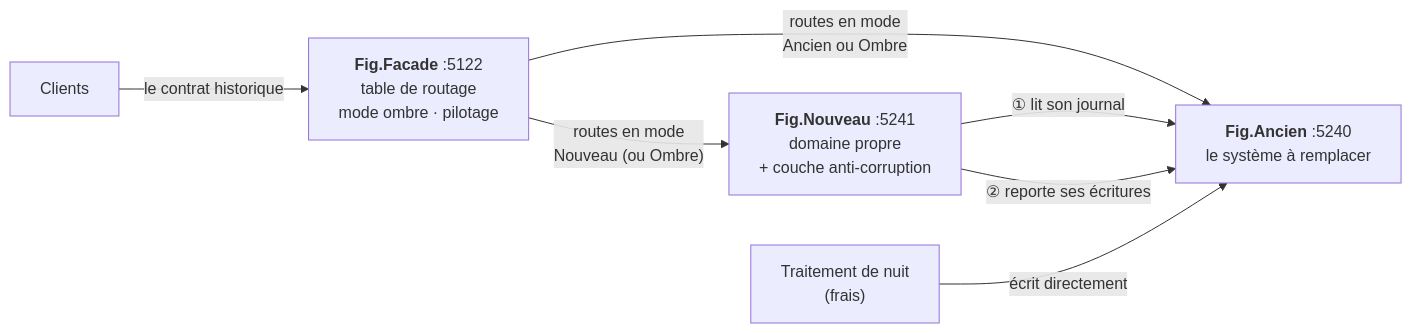
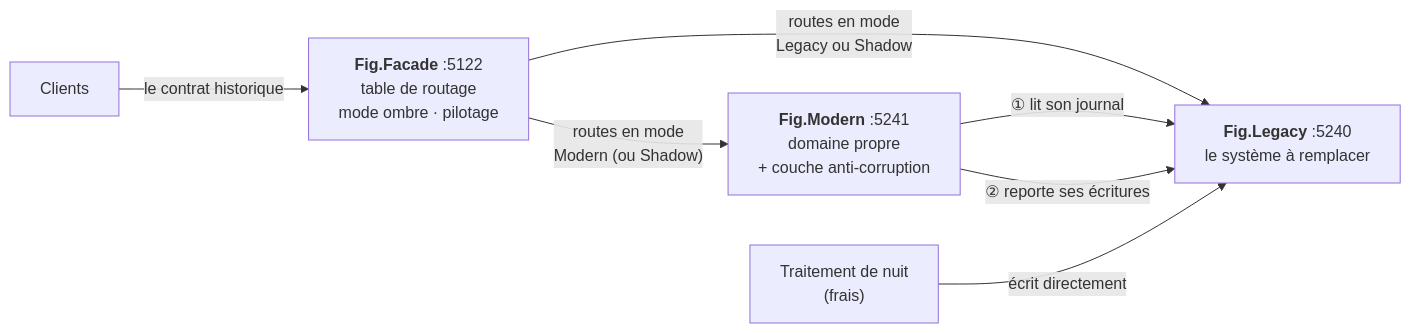
One commit to drangoht/ArchitecturesDemo changed the second of 4 diagrams in Docs/22-strangler-fig.md. Above: the diagram before and after it, drawn with Mermaid. The commit also changed other lines of this file and 70 other files, not shown here.

Commit message:
Docs FR : identifiants, liens, diagrammes et sorties alignés sur le code anglais

````diff
--- a/Docs/22-strangler-fig.md
+++ b/Docs/22-strangler-fig.md
@@ -49,9 +49,9 @@
 ```mermaid
 flowchart LR
     CL["Clients"] -->|"le contrat historique"| FA["<b>Fig.Facade</b> :5122<br/>table de routage<br/>mode ombre · pilotage"]
-    FA -->|"routes en mode<br/>Ancien ou Ombre"| AN["<b>Fig.Ancien</b> :5240<br/>le système à remplacer"]
-    FA -->|"routes en mode<br/>Nouveau (ou Ombre)"| NO["<b>Fig.Nouveau</b> :5241<br/>domaine propre<br/>+ couche anti-corruption"]
+    FA -->|"routes en mode<br/>Legacy ou Shadow"| AN["<b>Fig.Legacy</b> :5240<br/>le système à remplacer"]
+    FA -->|"routes en mode<br/>Modern (ou Shadow)"| NO["<b>Fig.Modern</b> :5241<br/>domaine propre<br/>+ couche anti-corruption"]
     NO -->|"① lit son journal"| AN
     NO -->|"② reporte ses écritures"| AN
     NU["Traitement de nuit<br/>(frais)"] -->|"écrit directement"| AN
 ```
````
